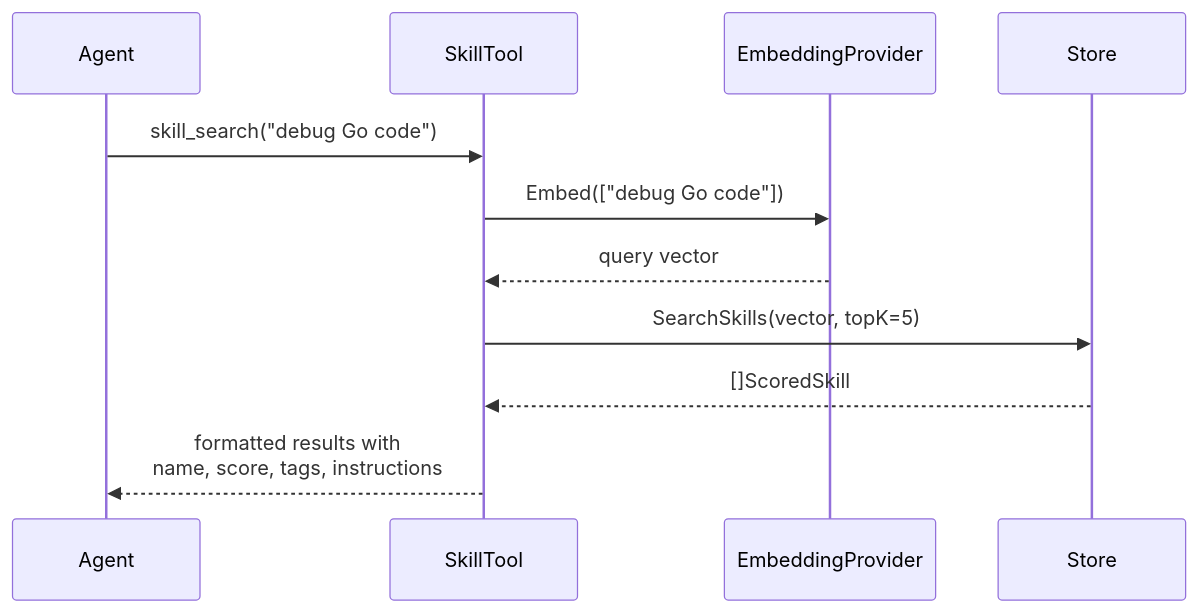
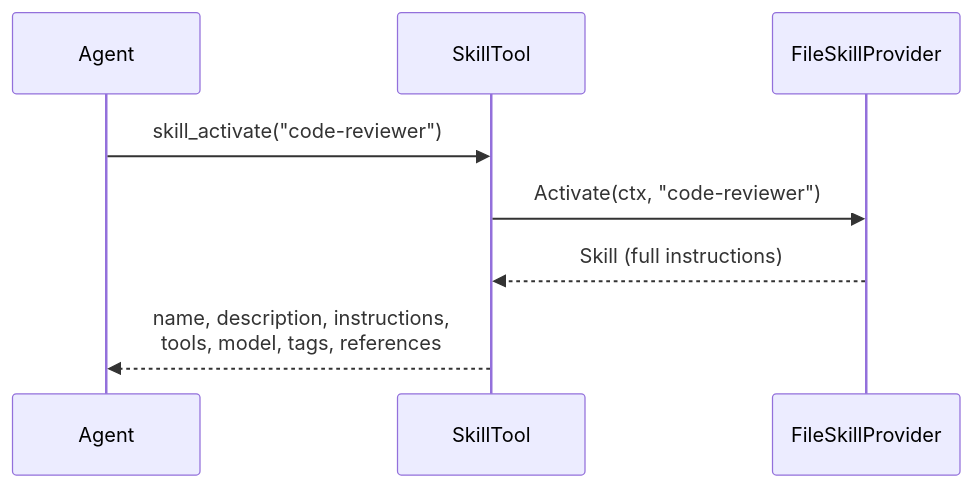
Before and after one commit to nevindra/oasis: the third of 6 diagrams in docs/guides/skills.md, drawn with Mermaid. The commit also changed other lines of this file and 22 other files, not shown here.

First line of the commit message:
feat!: replace DB-backed skills with file-based SkillProvider

````diff
--- a/docs/guides/skills.md
+++ b/docs/guides/skills.md
@@ -151,14 +183,11 @@
 ```mermaid
 sequenceDiagram
     participant Agent
     participant SkillTool
-    participant Embedding as EmbeddingProvider
-    participant Store
+    participant Provider as FileSkillProvider
 
-    Agent->>SkillTool: skill_search("debug Go code")
-    SkillTool->>Embedding: Embed(["debug Go code"])
-    Embedding-->>SkillTool: query vector
-    SkillTool->>Store: SearchSkills(vector, topK=5)
-    Store-->>SkillTool: []ScoredSkill
-    SkillTool-->>Agent: formatted results with<br>name, score, tags, instructions
+    Agent->>SkillTool: skill_activate("code-reviewer")
+    SkillTool->>Provider: Activate(ctx, "code-reviewer")
+    Provider-->>SkillTool: Skill (full instructions)
+    SkillTool-->>Agent: name, description, instructions,<br>tools, model, tags, references
 ```
````
